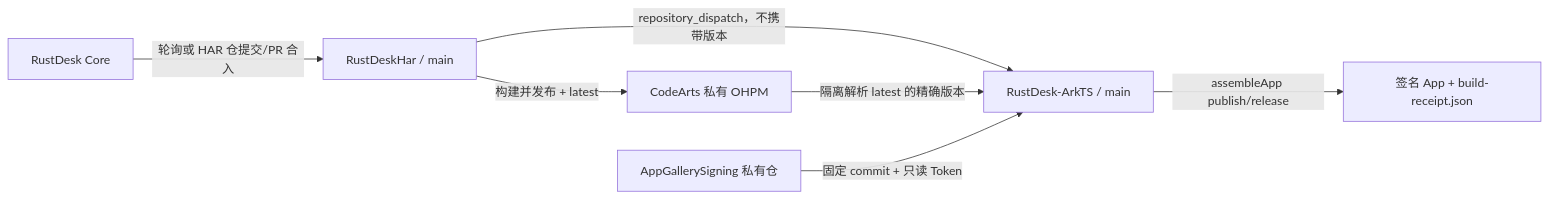
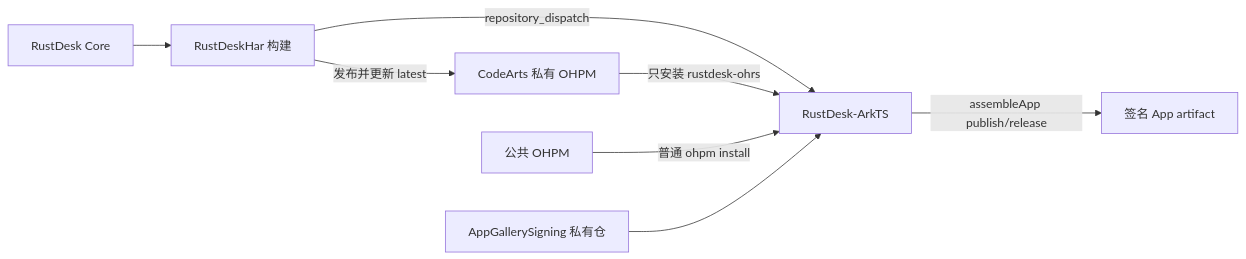
The diagram in docs/GITHUB_ACTIONS_PIPELINE.md (FrankHan052176/RustDesk-ArkTS), drawn with Mermaid before and after one commit. The commit also changed other lines of this file and 1 other file, not shown here.

Commit message:
ci(ohos): simplify HAR app build

````diff
--- a/docs/GITHUB_ACTIONS_PIPELINE.md
+++ b/docs/GITHUB_ACTIONS_PIPELINE.md
@@ -5,9 +5,10 @@
 ```mermaid
 flowchart LR
-  A["RustDesk Core"] -->|轮询或 HAR 仓提交/PR 合入| B["RustDeskHar / main"]
-  B -->|构建并发布 + latest| C["CodeArts 私有 OHPM"]
-  B -->|repository_dispatch，不携带版本| D["RustDesk-ArkTS / main"]
-  C -->|隔离解析 latest 的精确版本| D
-  E["AppGallerySigning 私有仓"] -->|固定 commit + 只读 Token| D
-  D -->|assembleApp publish/release| F["签名 App + build-receipt.json"]
+  A["RustDesk Core"] --> B["RustDeskHar 构建"]
+  B -->|发布并更新 latest| C["CodeArts 私有 OHPM"]
+  B -->|repository_dispatch| D["RustDesk-ArkTS"]
+  C -->|只安装 rustdesk-ohrs| D
+  E["公共 OHPM"] -->|普通 ohpm install| D
+  F["AppGallerySigning 私有仓"] --> D
+  D -->|assembleApp publish/release| G["签名 App artifact"]
 ```
````
